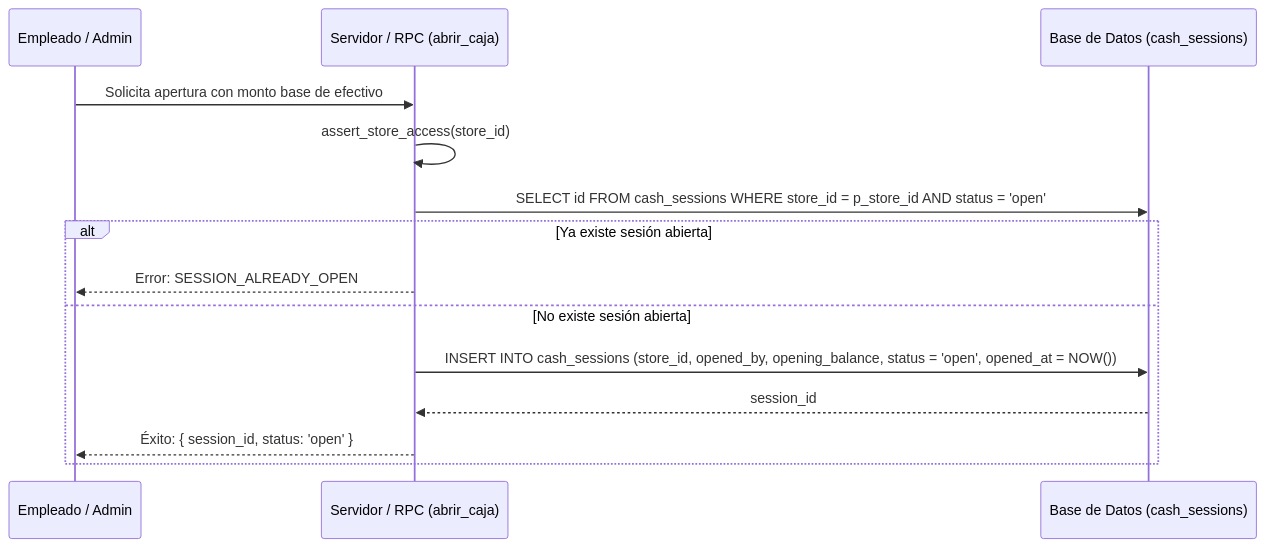
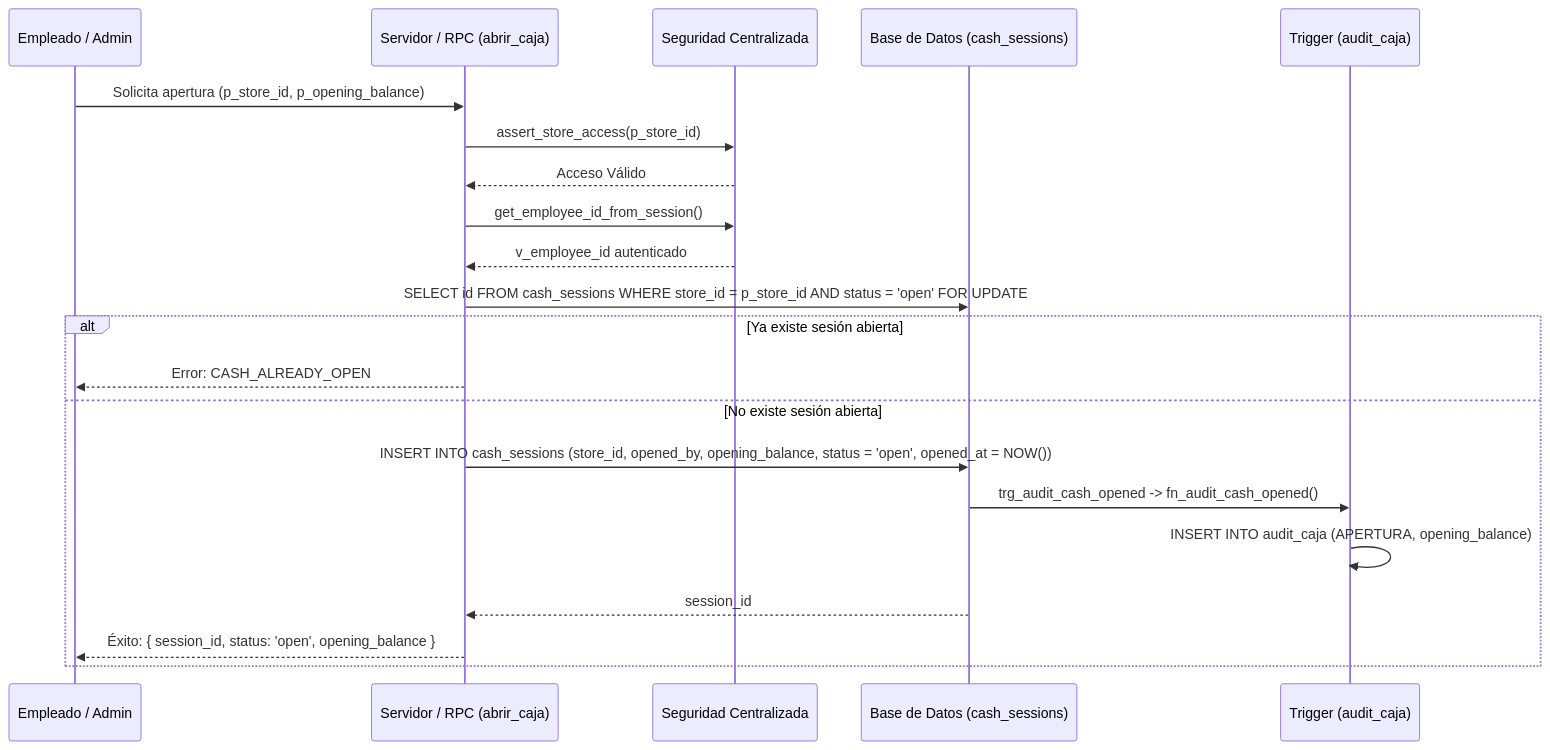
The first of 6 diagrams in documentation/01_requirements/SDD/SDD_004_CONTROL_DE_CAJA.md (YamirJCF/tienda-barrio-pro), drawn with Mermaid before and after one commit. The commit also changed other lines of this file, not shown here.

Commit message:
docs(sdd): rectificar SDD-004 bajo protocolo PAC-SDD estricto con auditoria QA

````diff
--- a/documentation/01_requirements/SDD/SDD_004_CONTROL_DE_CAJA.md
+++ b/documentation/01_requirements/SDD/SDD_004_CONTROL_DE_CAJA.md
@@ -66,17 +76,24 @@
 ```mermaid
 sequenceDiagram
     participant U as Empleado / Admin
     participant S as Servidor / RPC (abrir_caja)
+    participant SEC as Seguridad Centralizada
     participant DB as Base de Datos (cash_sessions)
+    participant AUD as Trigger (audit_caja)
 
-    U->>S: Solicita apertura con monto base de efectivo
-    S->>S: assert_store_access(store_id)
-    S->>DB: SELECT id FROM cash_sessions WHERE store_id = p_store_id AND status = 'open'
+    U->>S: Solicita apertura (p_store_id, p_opening_balance)
+    S->>SEC: assert_store_access(p_store_id)
+    SEC-->>S: Acceso Válido
+    S->>SEC: get_employee_id_from_session()
+    SEC-->>S: v_employee_id autenticado
+    S->>DB: SELECT id FROM cash_sessions WHERE store_id = p_store_id AND status = 'open' FOR UPDATE
     alt Ya existe sesión abierta
-        S-->>U: Error: SESSION_ALREADY_OPEN
+        S-->>U: Error: CASH_ALREADY_OPEN
     else No existe sesión abierta
         S->>DB: INSERT INTO cash_sessions (store_id, opened_by, opening_balance, status = 'open', opened_at = NOW())
+        DB->>AUD: trg_audit_cash_opened -> fn_audit_cash_opened()
+        AUD->>AUD: INSERT INTO audit_caja (APERTURA, opening_balance)
         DB-->>S: session_id
-        S-->>U: Éxito: { session_id, status: 'open' }
+        S-->>U: Éxito: { session_id, status: 'open', opening_balance }
     end
 ```
````
